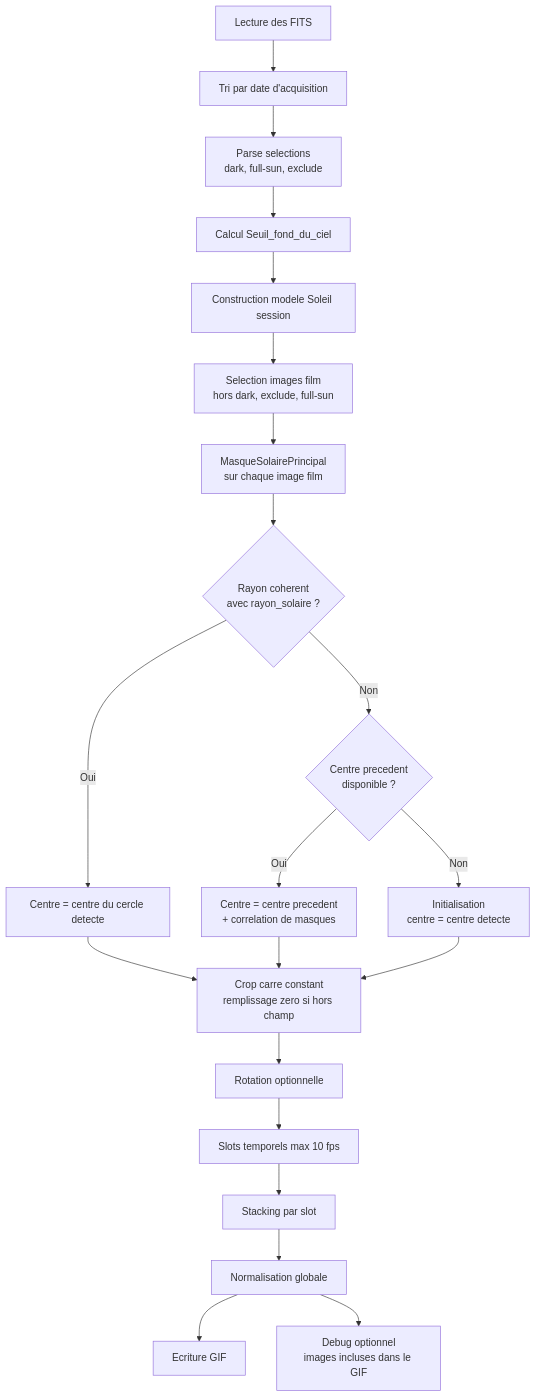
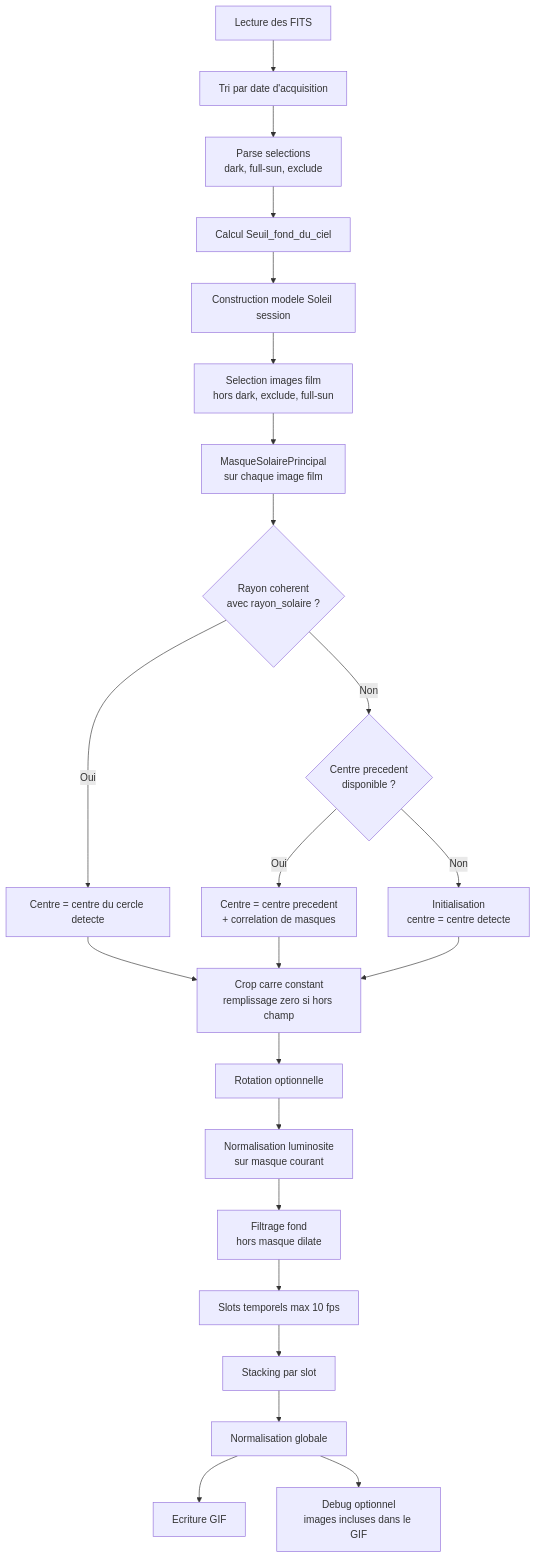
One commit to dgedgedge/SirilProcessing changed the diagram in docs/SOLAR_ECLIPSE_GIF.md. Above: the diagram before and after it, drawn with Mermaid. The commit also changed other lines of this file and 3 other files, not shown here.

````diff
--- a/docs/SOLAR_ECLIPSE_GIF.md
+++ b/docs/SOLAR_ECLIPSE_GIF.md
@@ -345,23 +468,25 @@
 ```mermaid
 flowchart TD
     A["Lecture des FITS"] --> B["Tri par date d'acquisition"]
     B --> C["Parse selections<br/>dark, full-sun, exclude"]
     C --> D["Calcul Seuil_fond_du_ciel"]
     D --> E["Construction modele Soleil session"]
     E --> F["Selection images film<br/>hors dark, exclude, full-sun"]
     F --> G["MasqueSolairePrincipal<br/>sur chaque image film"]
     G --> H{"Rayon coherent<br/>avec rayon_solaire ?"}
     H -->|Oui| I["Centre = centre du cercle detecte"]
     H -->|Non| J{"Centre precedent<br/>disponible ?"}
     J -->|Oui| K["Centre = centre precedent<br/>+ correlation de masques"]
     J -->|Non| R["Initialisation<br/>centre = centre detecte"]
     I --> L["Crop carre constant<br/>remplissage zero si hors champ"]
     K --> L
     R --> L
     L --> M["Rotation optionnelle"]
-    M --> N["Slots temporels max 10 fps"]
+    M --> T["Normalisation luminosite<br/>sur masque courant"]
+    T --> U["Filtrage fond<br/>hors masque dilate"]
+    U --> N["Slots temporels max 10 fps"]
     N --> O["Stacking par slot"]
     O --> P["Normalisation globale"]
     P --> Q["Ecriture GIF"]
     P --> S["Debug optionnel<br/>images incluses dans le GIF"]
 ```
````
